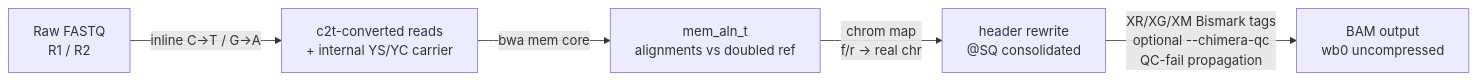
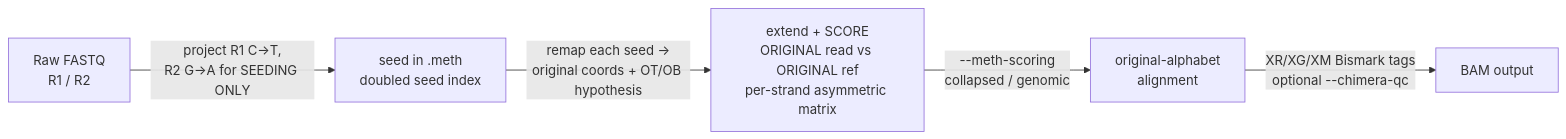
The diagram in docs/src/methylation/overview.md (fg-labs/bwa-mem3), drawn with Mermaid before and after one commit. The commit also changed other lines of this file and 17 other files, not shown here.

First line of the commit message:
docs(meth): document the D3 dual-index model and --meth-scoring

````diff
--- a/docs/src/methylation/overview.md
+++ b/docs/src/methylation/overview.md
@@ -27,7 +43,7 @@
 ```mermaid
 flowchart LR
-    A[Raw FASTQ\nR1 / R2] -->|inline C→T / G→A| B[c2t-converted reads\n+ internal YS/YC carrier]
-    B -->|bwa mem core| C[mem_aln_t\nalignments vs doubled ref]
-    C -->|chrom map\nf/r → real chr| D[header rewrite\n@SQ consolidated]
-    D -->|XR/XG/XM Bismark tags\noptional --chimera-qc\nQC-fail propagation| E[BAM output\nwb0 uncompressed]
+    A[Raw FASTQ\nR1 / R2] -->|project R1 C→T,\nR2 G→A for SEEDING ONLY| B[seed in .meth\ndoubled seed index]
+    B -->|remap each seed →\noriginal coords + OT/OB hypothesis| C[extend + SCORE\nORIGINAL read vs ORIGINAL ref\nper-strand asymmetric matrix]
+    C -->|--meth-scoring\ncollapsed / genomic| D[original-alphabet\nalignment]
+    D -->|XR/XG/XM Bismark tags\noptional --chimera-qc| E[BAM output]
 ```
````
